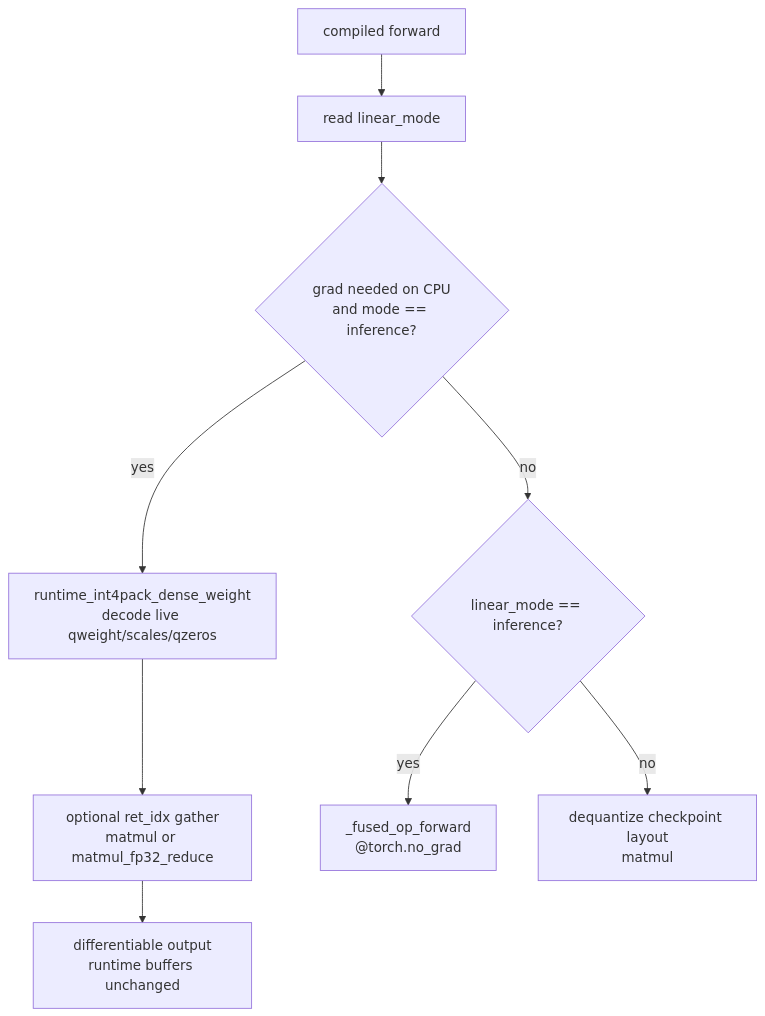
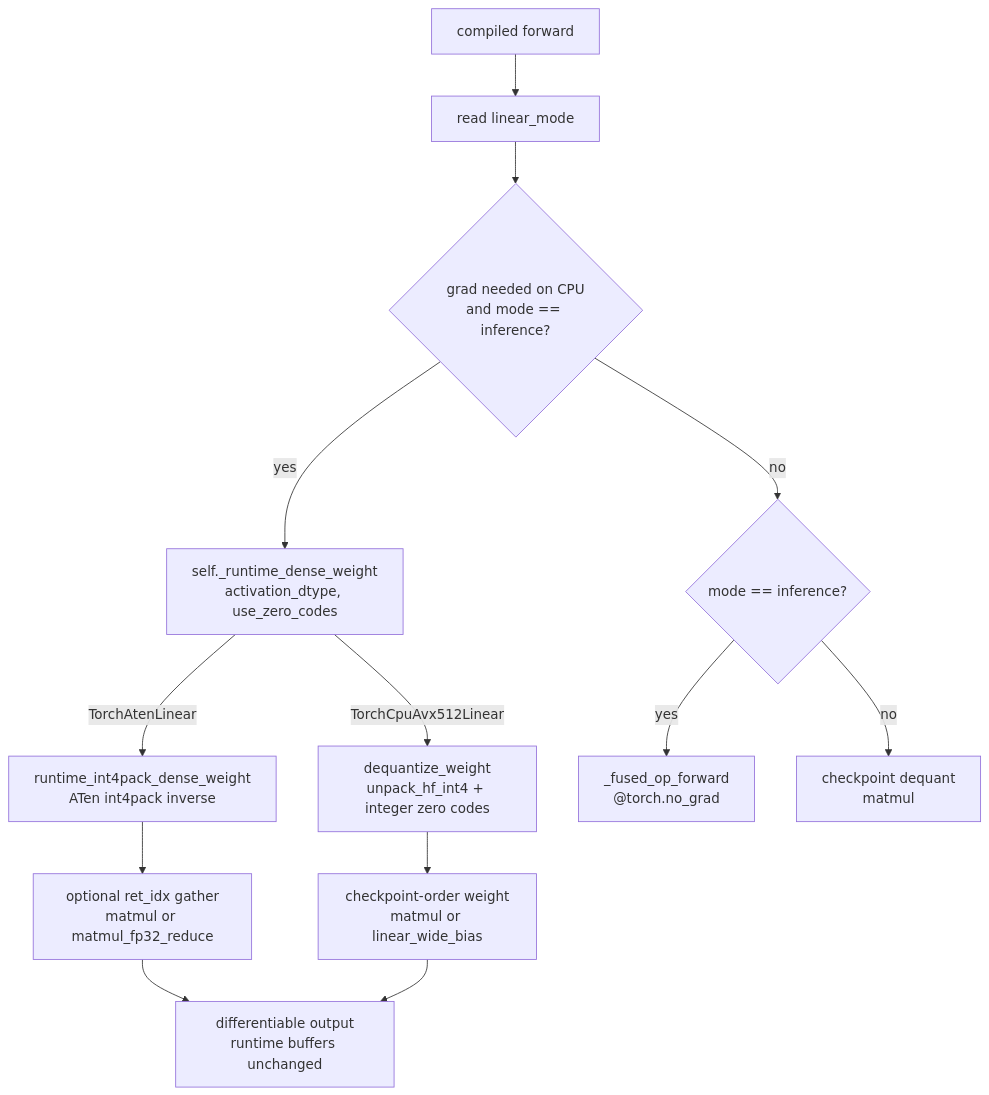
Before and after one commit to ModelCloud/GPTQModel: the second of 2 diagrams in docs/cpu-int4pack-compiled-grad.md, drawn with Mermaid. The commit also changed other lines of this file and 5 other files, not shown here.

Commit message:
fix(cpu): decode the AVX512 GPTQ live layout in the dense fallback (#5759)

````diff
--- a/docs/cpu-int4pack-compiled-grad.md
+++ b/docs/cpu-int4pack-compiled-grad.md
@@ -30,11 +46,15 @@
 ```mermaid
 flowchart TD
     A["compiled forward"] --> B["read linear_mode"]
     B --> C{"grad needed on CPU<br/>and mode == inference?"}
-    C -->|yes| D["runtime_int4pack_dense_weight<br/>decode live qweight/scales/qzeros"]
-    D --> E["optional ret_idx gather<br/>matmul or matmul_fp32_reduce"]
-    E --> F["differentiable output<br/>runtime buffers unchanged"]
-    C -->|no| G{"linear_mode == inference?"}
-    G -->|yes| H["_fused_op_forward<br/>@torch.no_grad"]
-    G -->|no| I["dequantize checkpoint layout<br/>matmul"]
+    C -->|yes| D["self._runtime_dense_weight<br/>activation_dtype, use_zero_codes"]
+    D -->|"TorchAtenLinear"| E["runtime_int4pack_dense_weight<br/>ATen int4pack inverse"]
+    D -->|"TorchCpuAvx512Linear"| F["dequantize_weight<br/>unpack_hf_int4 + integer zero codes"]
+    E --> G["optional ret_idx gather<br/>matmul or matmul_fp32_reduce"]
+    F --> H["checkpoint-order weight<br/>matmul or linear_wide_bias"]
+    G --> I["differentiable output<br/>runtime buffers unchanged"]
+    H --> I
+    C -->|no| J{"mode == inference?"}
+    J -->|yes| K["_fused_op_forward<br/>@torch.no_grad"]
+    J -->|no| L["checkpoint dequant<br/>matmul"]
 ```
````
